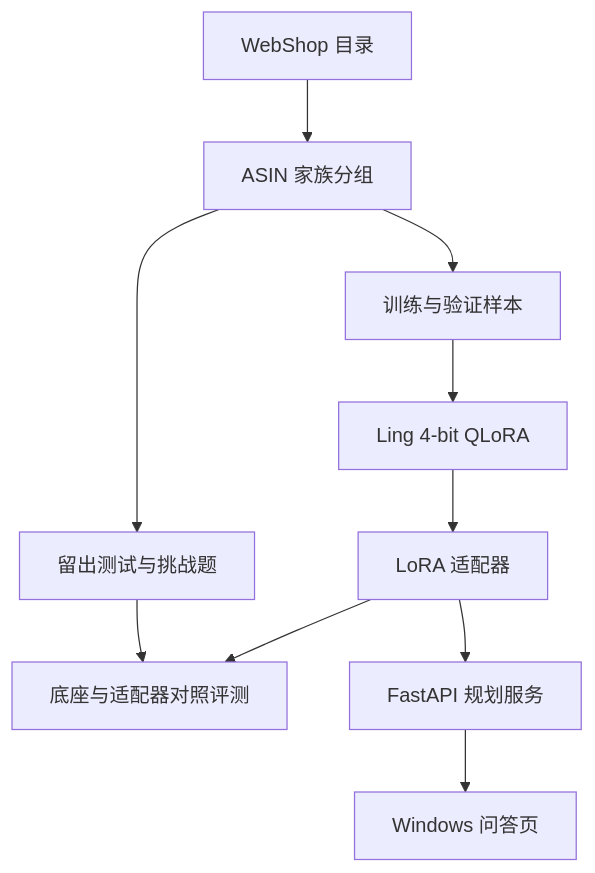
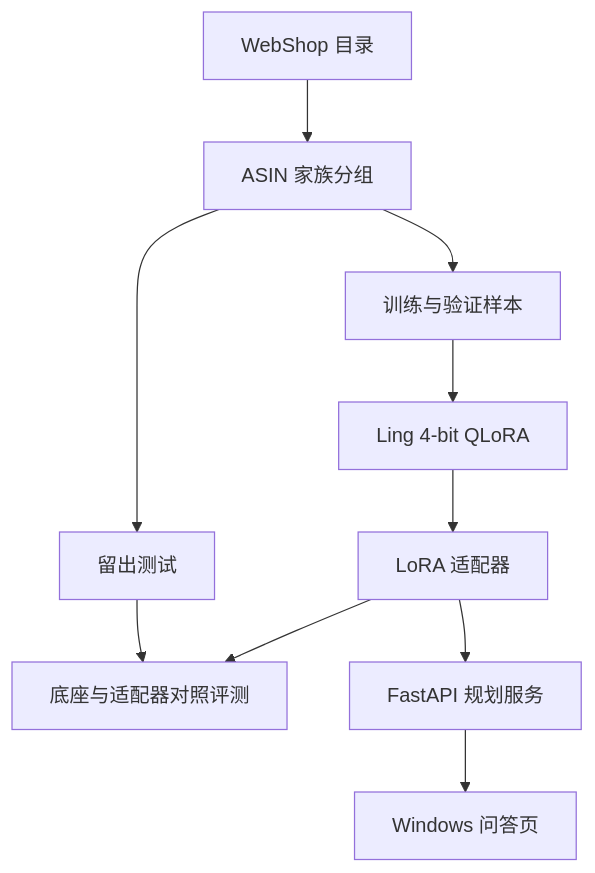
The second of 2 diagrams in docs/ARCHITECTURE.md (AaronYue77/webshop-ling-rag), drawn with Mermaid before and after one commit. The commit also changed 2 other files, not shown here.

Commit message:
Publish all 156 formal test questions

````diff
--- a/docs/ARCHITECTURE.md
+++ b/docs/ARCHITECTURE.md
@@ -32,12 +32,12 @@
 ```mermaid
 flowchart TD
   C["WebShop 目录"] --> G["ASIN 家族分组"]
   G --> S["训练与验证样本"]
-  G --> H["留出测试与挑战题"]
+  G --> H["留出测试"]
   S --> T["Ling 4-bit QLoRA"]
   T --> W["LoRA 适配器"]
   W --> E["底座与适配器对照评测"]
   H --> E
   W --> P["FastAPI 规划服务"]
   P --> B["Windows 问答页"]
 ```
````
